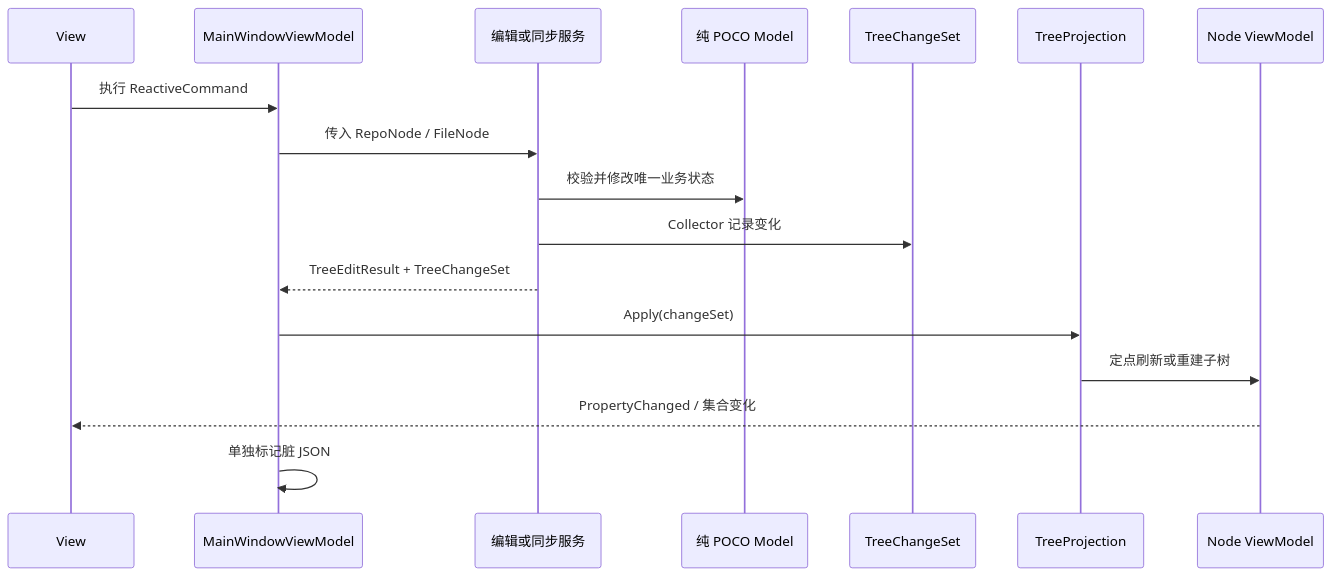
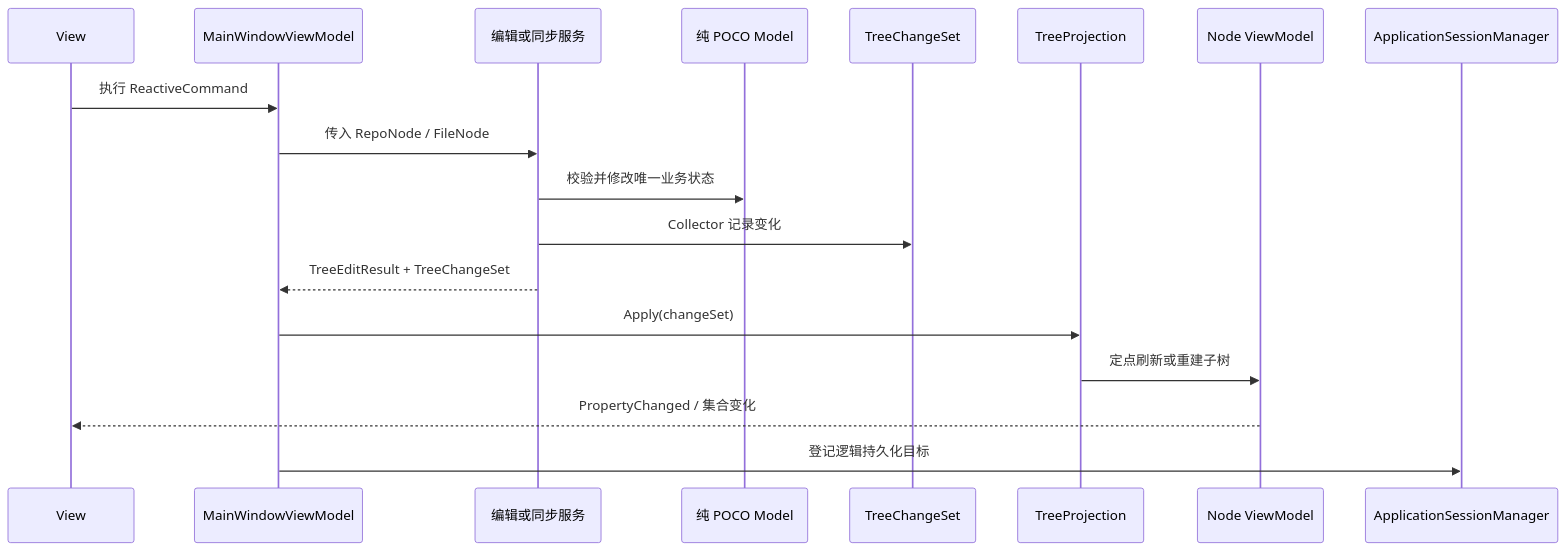
One commit to maodlife/HDD-Index-Avalonia changed the second of 3 diagrams in docs/architecture.md. Above: the diagram before and after it, drawn with Mermaid. The commit also changed other lines of this file and 2 other files, not shown here.

````diff
--- a/docs/architecture.md
+++ b/docs/architecture.md
@@ -227,20 +246,21 @@
 ```mermaid
 sequenceDiagram
     participant UI as View
     participant VM as MainWindowViewModel
     participant Service as 编辑或同步服务
     participant Model as 纯 POCO Model
     participant Changes as TreeChangeSet
     participant Projection as TreeProjection
     participant NodeVM as Node ViewModel
+    participant SessionManager as ApplicationSessionManager
 
     UI->>VM: 执行 ReactiveCommand
     VM->>Service: 传入 RepoNode / FileNode
     Service->>Model: 校验并修改唯一业务状态
     Service->>Changes: Collector 记录变化
     Service-->>VM: TreeEditResult + TreeChangeSet
     VM->>Projection: Apply(changeSet)
     Projection->>NodeVM: 定点刷新或重建子树
     NodeVM-->>UI: PropertyChanged / 集合变化
-    VM->>VM: 单独标记脏 JSON
+    VM->>SessionManager: 登记逻辑持久化目标
 ```
````
